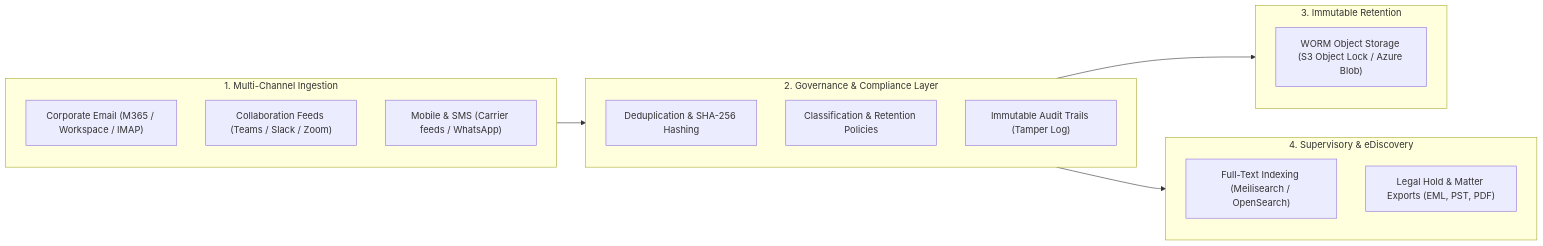
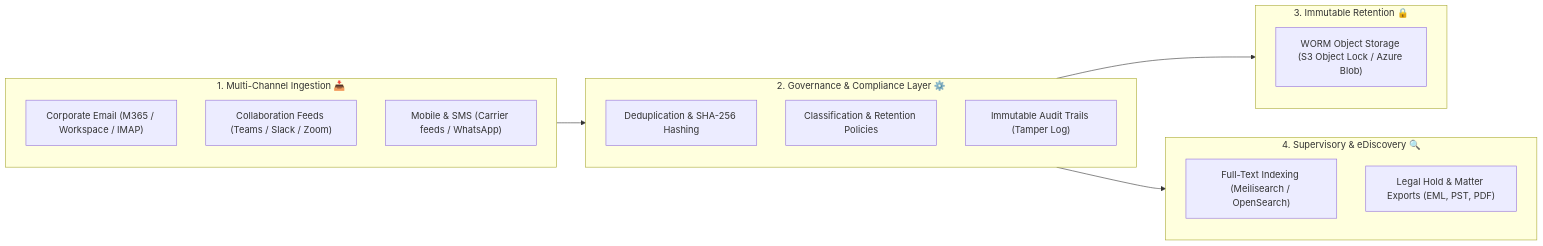
The diagram in README.md (ishandutta2007/Awesome-Compliant-Cloud-Information-Archiving), drawn with Mermaid before and after one commit. The commit also changed other lines of this file and 1 other file, not shown here.

````diff
--- a/README.md
+++ b/README.md
@@ -66,27 +78,27 @@
 ```mermaid
 flowchart LR
-    subgraph Ingestion["1. Multi-Channel Ingestion"]
+    subgraph Ingestion["1. Multi-Channel Ingestion 📥"]
         A1["Corporate Email (M365 / Workspace / IMAP)"]
         A2["Collaboration Feeds (Teams / Slack / Zoom)"]
         A3["Mobile & SMS (Carrier feeds / WhatsApp)"]
     end
 
-    subgraph Processing["2. Governance & Compliance Layer"]
+    subgraph Processing["2. Governance & Compliance Layer ⚙️"]
         B1["Deduplication & SHA-256 Hashing"]
         B2["Classification & Retention Policies"]
         B3["Immutable Audit Trails (Tamper Log)"]
     end
 
-    subgraph Storage["3. Immutable Retention"]
+    subgraph Storage["3. Immutable Retention 🔒"]
         C1["WORM Object Storage (S3 Object Lock / Azure Blob)"]
     end
 
-    subgraph Discovery["4. Supervisory & eDiscovery"]
+    subgraph Discovery["4. Supervisory & eDiscovery 🔍"]
         D1["Full-Text Indexing (Meilisearch / OpenSearch)"]
         D2["Legal Hold & Matter Exports (EML, PST, PDF)"]
     end
 
     Ingestion --> Processing
     Processing --> Storage
     Processing --> Discovery
 ```
````
